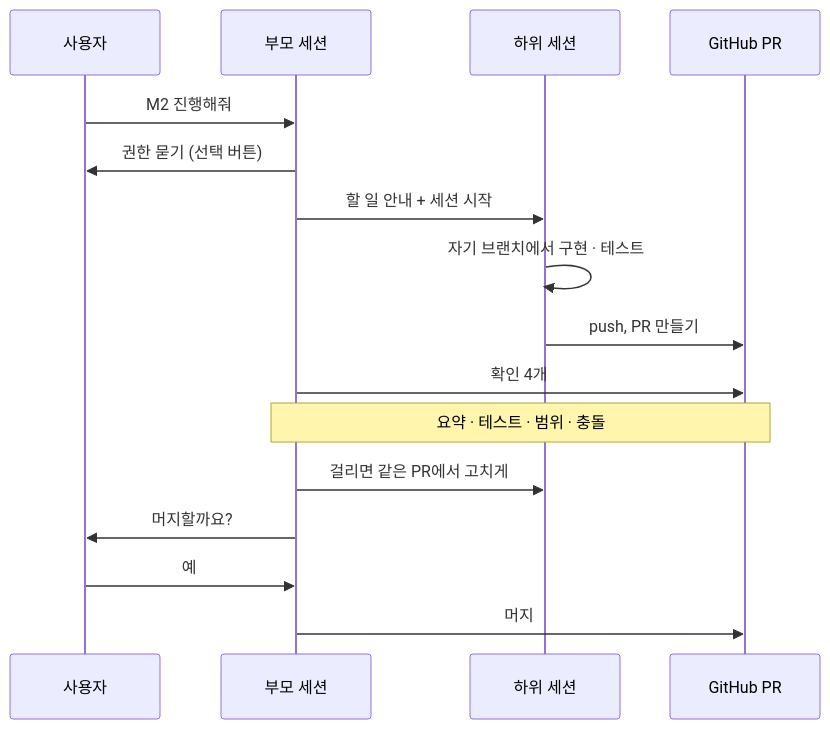
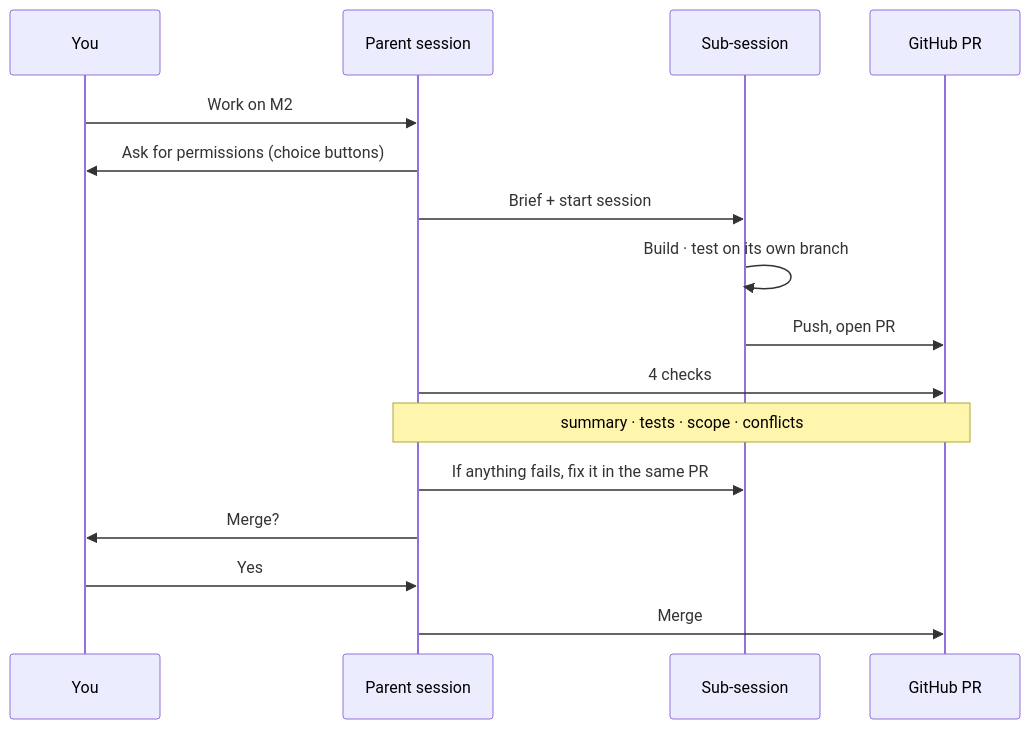
The second of 2 diagrams in README.md (ff-1204/claude-haejo), drawn with Mermaid before and after one commit. The commit also changed other lines of this file and 2 other files, not shown here.

````diff
--- a/README.md
+++ b/README.md
@@ -54,18 +66,18 @@
 ```mermaid
 sequenceDiagram
-  participant U as 사용자
-  participant P as 부모 세션
-  participant C as 하위 세션
+  participant U as You
+  participant P as Parent session
+  participant C as Sub-session
   participant G as GitHub PR
-  U->>P: M2 진행해줘
-  P->>U: 권한 묻기 (선택 버튼)
-  P->>C: 할 일 안내 + 세션 시작
-  C->>C: 자기 브랜치에서 구현 · 테스트
-  C->>G: push, PR 만들기
-  P->>G: 확인 4개
-  Note over P,G: 요약 · 테스트 · 범위 · 충돌
-  P->>C: 걸리면 같은 PR에서 고치게
-  P->>U: 머지할까요?
-  U->>P: 예
-  P->>G: 머지
+  U->>P: Work on M2
+  P->>U: Ask for permissions (choice buttons)
+  P->>C: Brief + start session
+  C->>C: Build · test on its own branch
+  C->>G: Push, open PR
+  P->>G: 4 checks
+  Note over P,G: summary · tests · scope · conflicts
+  P->>C: If anything fails, fix it in the same PR
+  P->>U: Merge?
+  U->>P: Yes
+  P->>G: Merge
 ```
````
